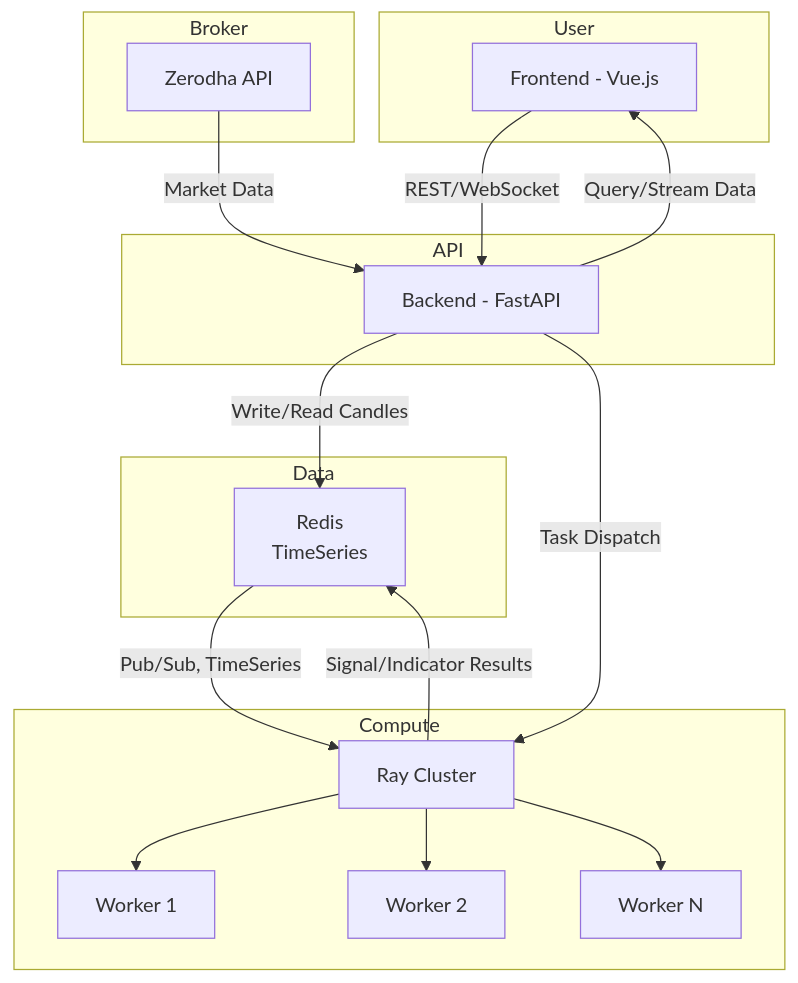
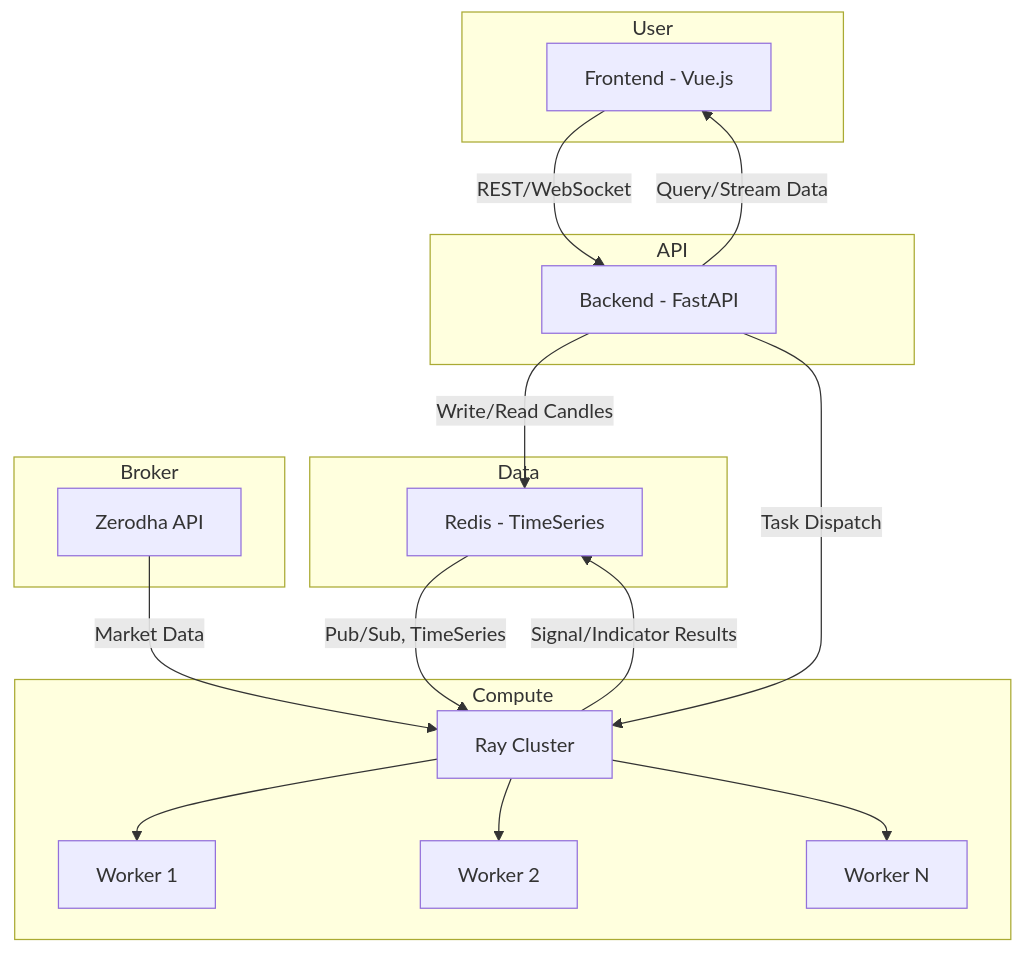
Before and after one commit to studiogangster/next-gen-algo-trading-bot: the diagram in README.md, drawn with Mermaid. The commit also changed other lines of this file, not shown here.

Commit message:
+README.md

````diff
--- a/README.md
+++ b/README.md
@@ -33,32 +33,33 @@
 ```mermaid
 flowchart TD
     subgraph User
         F[Frontend - Vue.js]
     end
     subgraph API
         B[Backend - FastAPI]
     end
     subgraph Data
-        R[Redis\nTimeSeries]
+        R[Redis - TimeSeries]
     end
     subgraph Compute
         RW[Ray Cluster]
         W1[Worker 1]
         W2[Worker 2]
         Wn[Worker N]
     end
     subgraph Broker
         Z[Zerodha API]
     end
 
-    Z -- Market Data --> B
+    Z -- Market Data --> RW
     B -- Write/Read Candles --> R
     F -- REST/WebSocket --> B
     B -- Query/Stream Data --> F
     R -- Pub/Sub, TimeSeries --> RW
     RW -- Signal/Indicator Results --> R
     RW --> W1
     RW --> W2
     RW --> Wn
     B -- Task Dispatch --> RW
+
 ```
````
